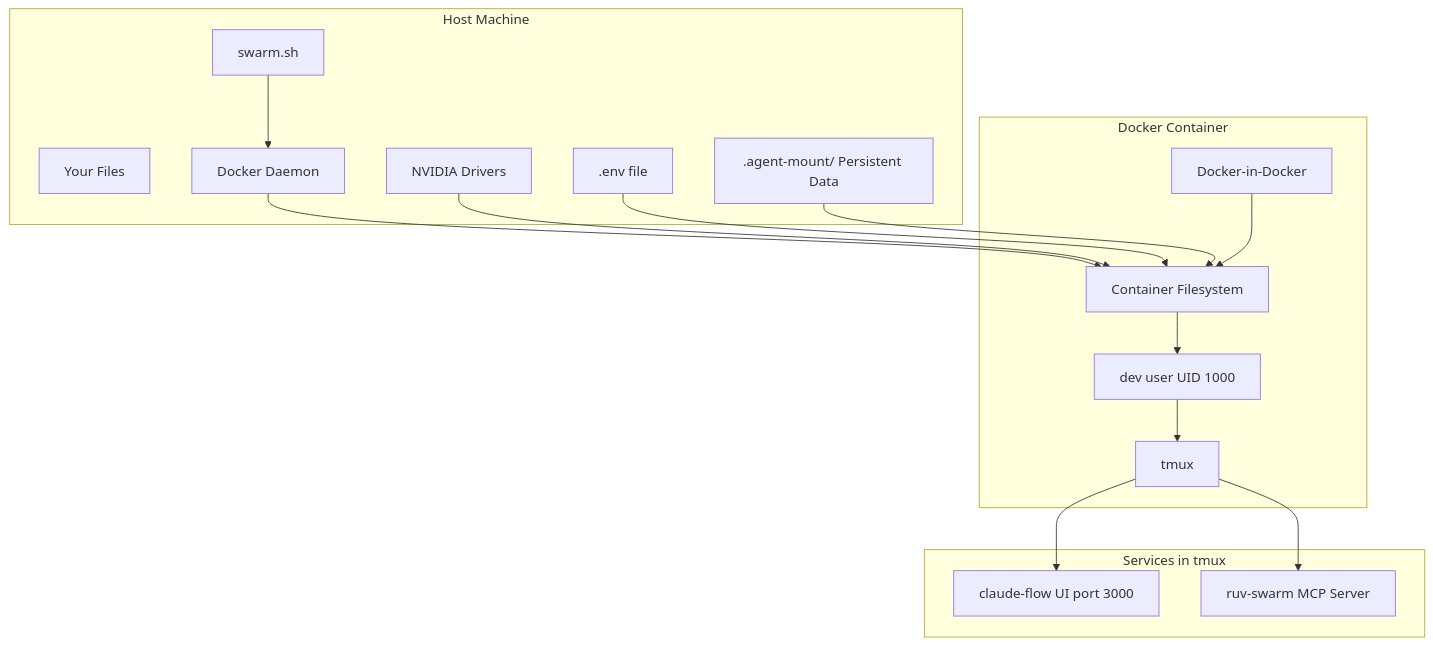
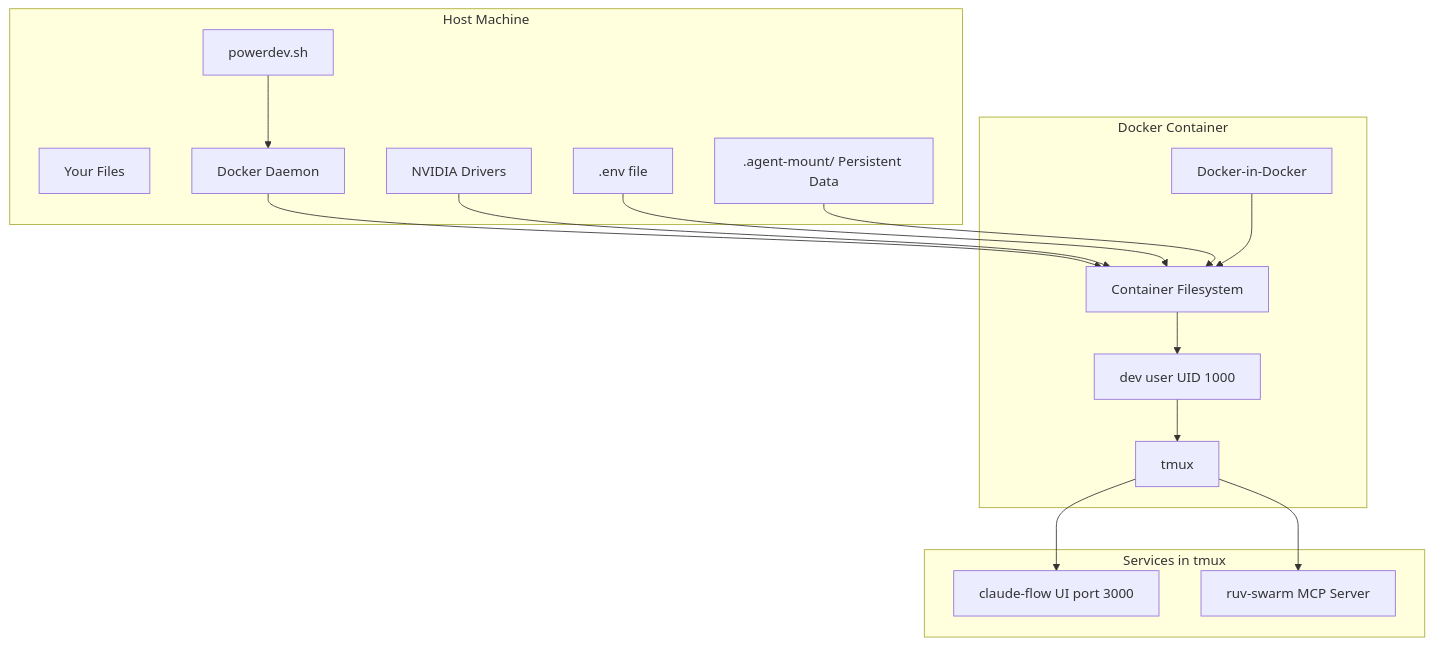
One commit to DreamLab-AI/multi-agent-docker changed the diagram in README.md. Above: the diagram before and after it, drawn with Mermaid. The commit also changed other lines of this file and 3 other files, not shown here.

````diff
--- a/README.md
+++ b/README.md
@@ -23,34 +23,34 @@
 ```mermaid
 graph TD
     subgraph Host["Host Machine"]
         A[Your Files]
         B[Docker Daemon]
         C[NVIDIA Drivers]
-        D[swarm.sh]
+        D[powerdev.sh]
         E[.env file]
         F[.agent-mount/ Persistent Data]
     end
 
     subgraph Container["Docker Container"]
         G[Container Filesystem]
         H[dev user UID 1000]
         I[tmux]
         J[Docker-in-Docker]
     end
 
     subgraph Services["Services in tmux"]
         K[claude-flow UI port 3000]
         L[ruv-swarm MCP Server]
     end
 
     D --> B
     B --> G
     C --> G
     E --> G
     F --> G
     G --> H
     H --> I
     I --> K
     I --> L
     J --> G
 ```
````
